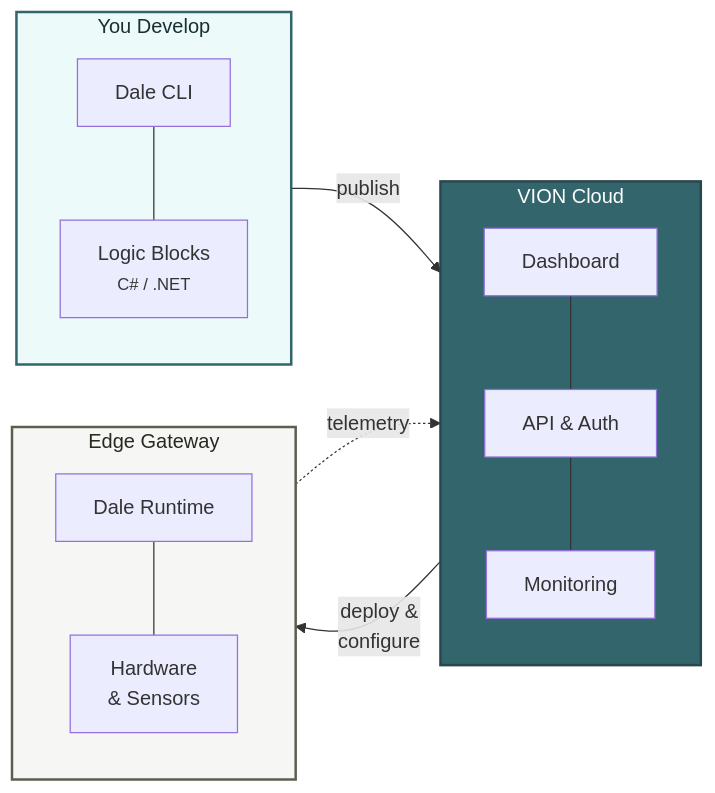
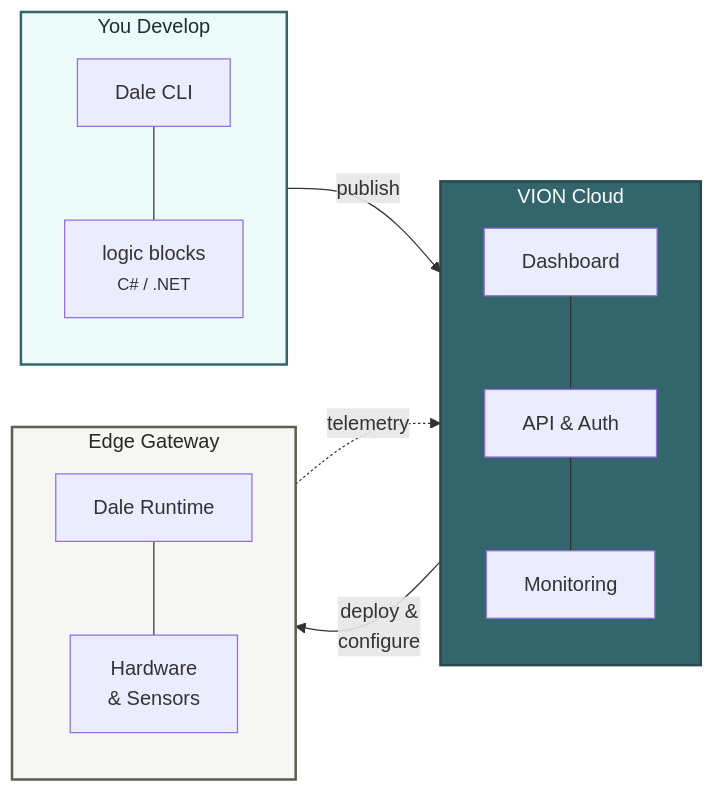
One commit to VION-IoT/documentation changed the first of 4 diagrams in docs/introduction/what-is-vion.md. Above: the diagram before and after it, drawn with Mermaid. The commit also changed other lines of this file and 16 other files, not shown here.

````diff
--- a/docs/introduction/what-is-vion.md
+++ b/docs/introduction/what-is-vion.md
@@ -12,32 +12,32 @@
 ```mermaid
 flowchart LR
     subgraph You["You Develop"]
         direction TB
         CLI["Dale CLI"]
-        Code["Logic Blocks<br/><small>C# / .NET</small>"]
+        Code["logic blocks<br/><small>C# / .NET</small>"]
         CLI --- Code
     end
 
     subgraph Cloud["VION Cloud"]
         direction TB
         Dash["Dashboard"]
         API["API & Auth"]
         Mon["Monitoring"]
         Dash --- API --- Mon
     end
 
     subgraph Edge["Edge Gateway"]
         direction TB
         Runtime["Dale Runtime"]
         HW["Hardware<br/>& Sensors"]
         Runtime --- HW
     end
 
     You -->|"publish"| Cloud
     Cloud -->|"deploy &<br/>configure"| Edge
     Edge -.->|"telemetry"| Cloud
 
     style You fill:#ecfbfa,stroke:#32656c,stroke-width:2px,color:#192f33
     style Cloud fill:#32656c,stroke:#2b474e,stroke-width:2px,color:#ffffff
     style Edge fill:#f6f7f5,stroke:#5d5e4e,stroke-width:2px,color:#282921
 ```
````
